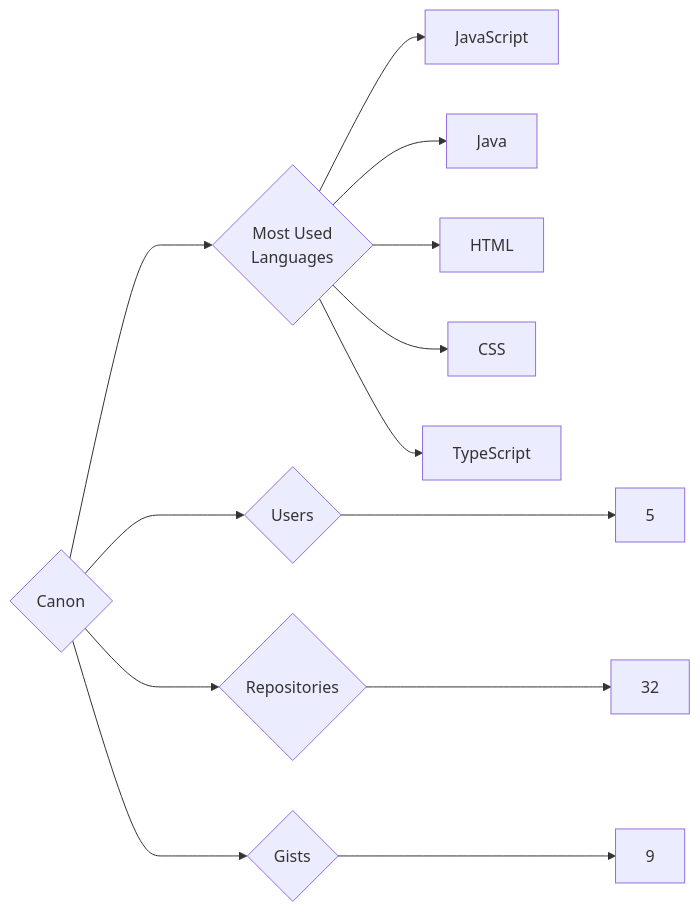
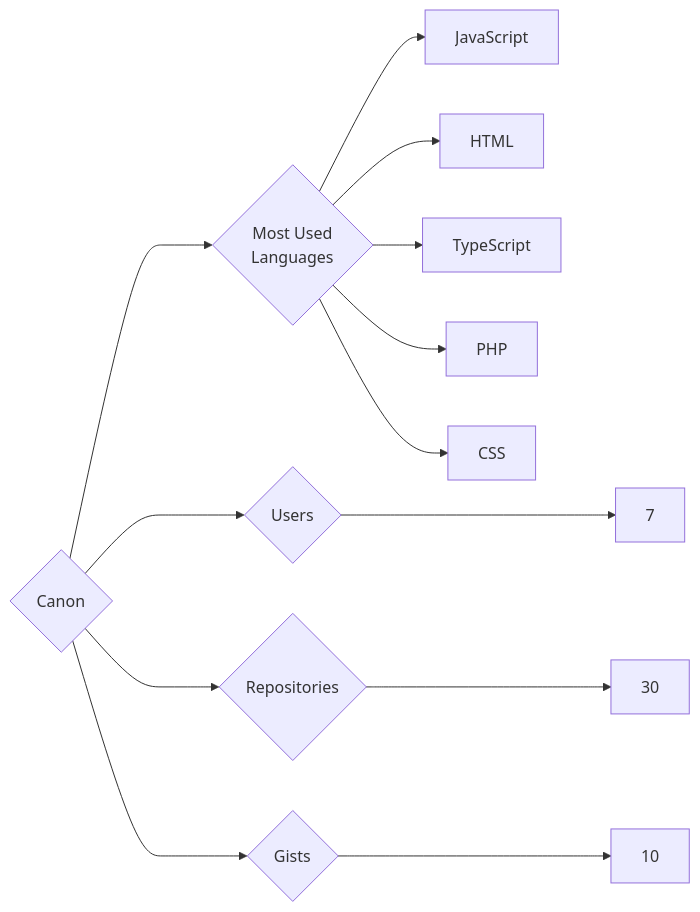
Before and after one commit to trickest/insiders: the diagram in targets/Canon/README.md, drawn with Mermaid. The commit also changed 1055 other files, not shown here.

````diff
--- a/targets/Canon/README.md
+++ b/targets/Canon/README.md
@@ -3,13 +3,13 @@
 ```mermaid
 graph LR
 COMPANY_NAME{Canon}
-COMPANY_NAME ---> U{Users} ---> UN[5]
-COMPANY_NAME ---> R{Repositories} ---> RN[32]
-COMPANY_NAME ---> G{Gists} ---> GN[9]
+COMPANY_NAME ---> U{Users} ---> UN[7]
+COMPANY_NAME ---> R{Repositories} ---> RN[30]
+COMPANY_NAME ---> G{Gists} ---> GN[10]
 COMPANY_NAME ---> ML{Most Used<br>Languages}
 ML --> JavaScript[JavaScript]
-ML --> Java[Java]
 ML --> HTML[HTML]
+ML --> TypeScript[TypeScript]
+ML --> PHP[PHP]
 ML --> CSS[CSS]
-ML --> TypeScript[TypeScript]
 ```
````
